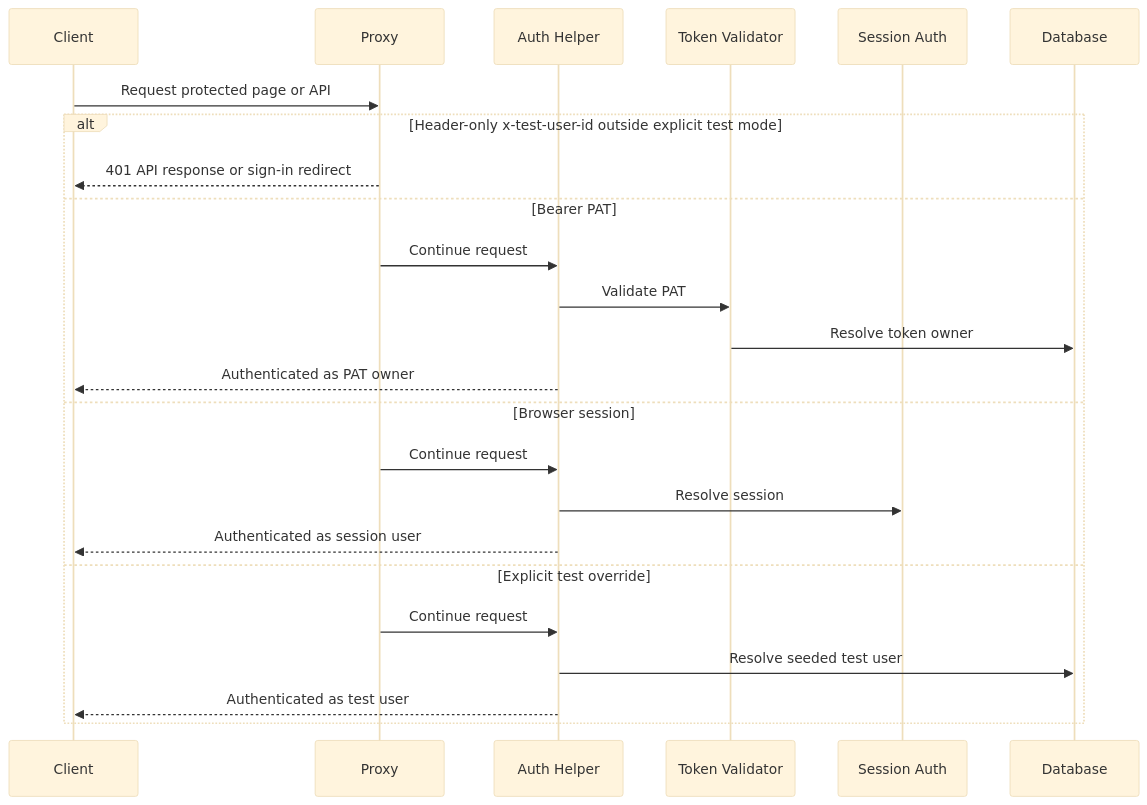
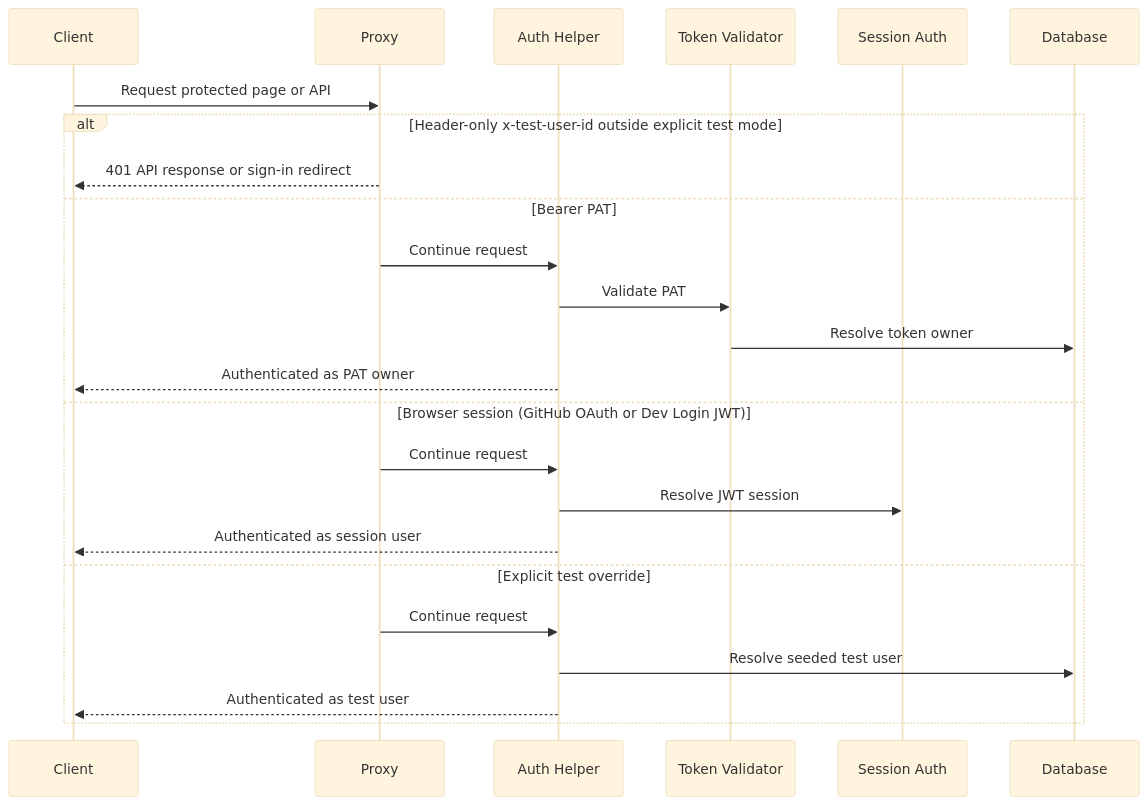
One commit to bfernandez31/ai-board changed the first of 2 diagrams in specs/specifications/technical/implementation/authentication.md. Above: the diagram before and after it, drawn with Mermaid (base theme). The commit also changed other lines of this file, not shown here.

````diff
--- a/specs/specifications/technical/implementation/authentication.md
+++ b/specs/specifications/technical/implementation/authentication.md
@@ -224,27 +231,27 @@
 ```mermaid
 sequenceDiagram
     participant C as Client
     participant P as Proxy
     participant A as Auth Helper
     participant T as Token Validator
     participant S as Session Auth
     participant DB as Database
 
     C->>P: Request protected page or API
     alt Header-only x-test-user-id outside explicit test mode
         P-->>C: 401 API response or sign-in redirect
     else Bearer PAT
         P->>A: Continue request
         A->>T: Validate PAT
         T->>DB: Resolve token owner
         A-->>C: Authenticated as PAT owner
-    else Browser session
+    else Browser session (GitHub OAuth or Dev Login JWT)
         P->>A: Continue request
-        A->>S: Resolve session
+        A->>S: Resolve JWT session
         A-->>C: Authenticated as session user
     else Explicit test override
         P->>A: Continue request
         A->>DB: Resolve seeded test user
         A-->>C: Authenticated as test user
     end
 ```
````
